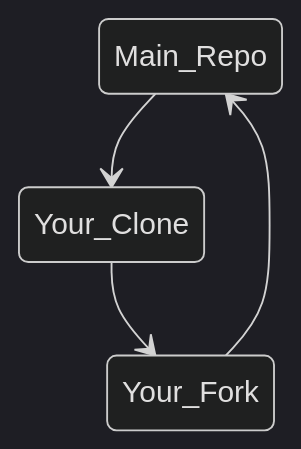
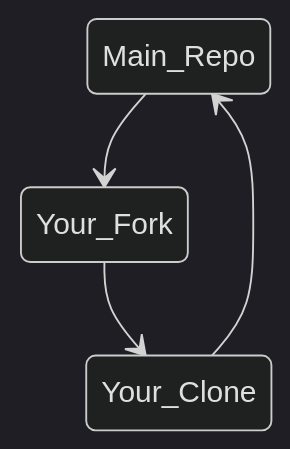
One commit to nsryan2/ssc_stuco changed the diagram in README.md. Above: the diagram before and after it, drawn with Mermaid (dark theme).

Commit message:
update git flow

````diff
--- a/README.md
+++ b/README.md
@@ -44,6 +44,6 @@
 ```mermaid
 stateDiagram-v2
-Main_Repo --> Your_Clone
-Your_Clone --> Your_Fork
-Your_Fork --> Main_Repo
+Main_Repo --> Your_Fork
+Your_Fork --> Your_Clone
+Your_Clone --> Main_Repo
 ```
````
